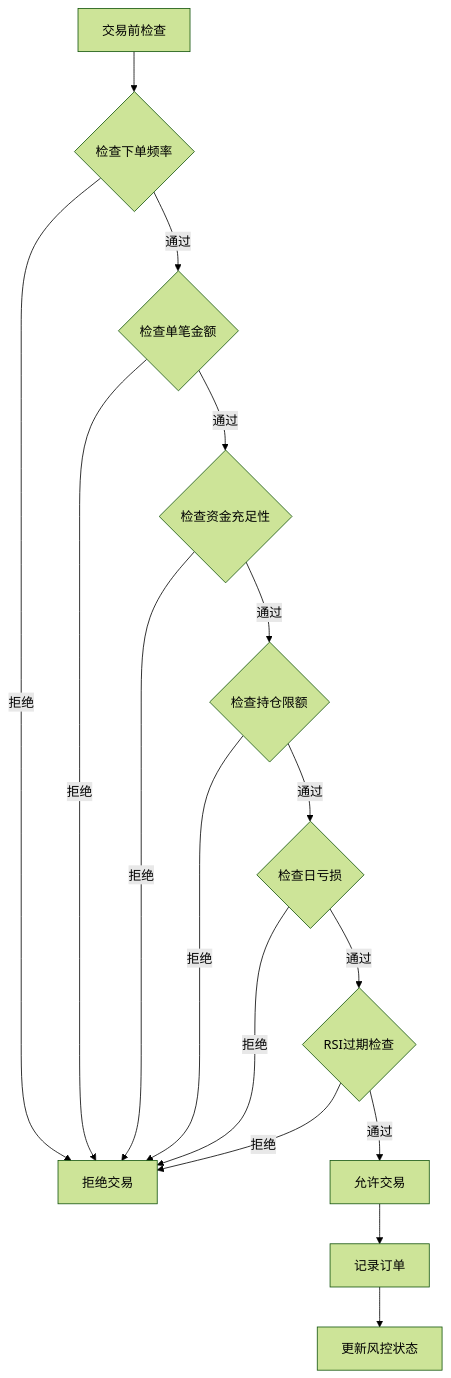
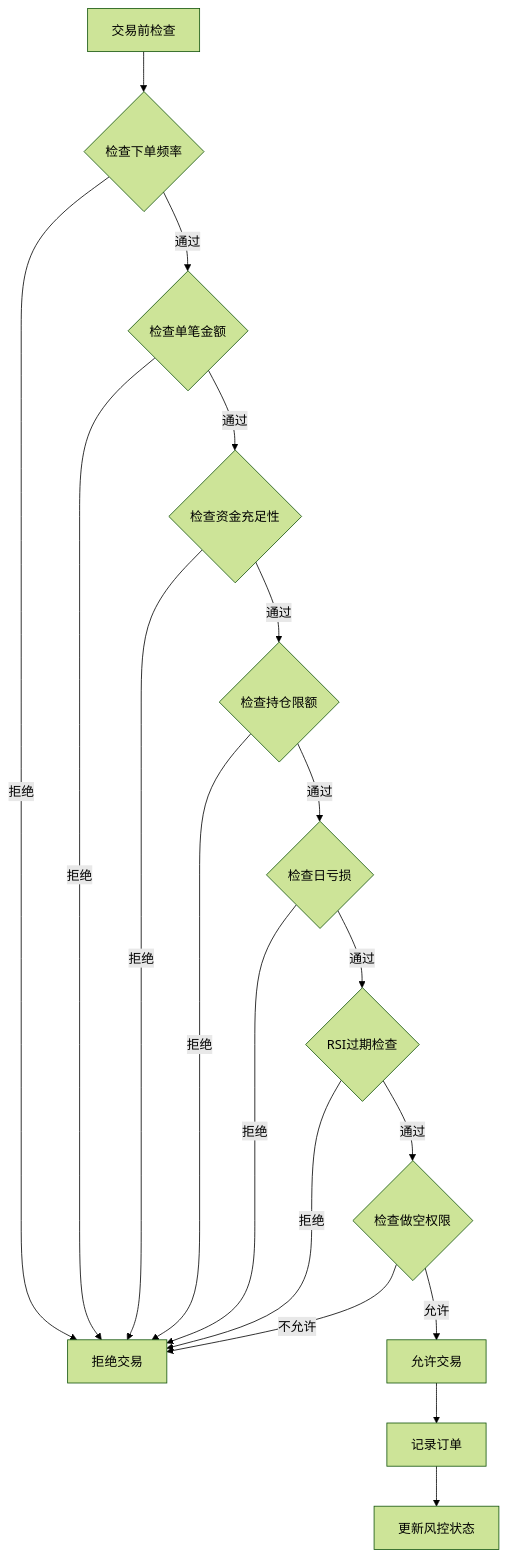
Before and after one commit to Heres1/binanceWebsocket: the eighth of 9 diagrams in .qoder/repowiki/zh/content/核心模块/动量策略引擎.md, drawn with Mermaid (forest theme). The commit also changed other lines of this file and 7 other files, not shown here.

````diff
--- a/.qoder/repowiki/zh/content/核心模块/动量策略引擎.md
+++ b/.qoder/repowiki/zh/content/核心模块/动量策略引擎.md
@@ -359,18 +376,20 @@
 ```mermaid
 flowchart TD
 PreTrade[交易前检查] --> CheckFreq{检查下单频率}
 CheckFreq --> |通过| CheckAmount{检查单笔金额}
 CheckFreq --> |拒绝| Reject[拒绝交易]
 CheckAmount --> |通过| CheckCapital{检查资金充足性}
 CheckAmount --> |拒绝| Reject
 CheckCapital --> |通过| CheckPosition{检查持仓限额}
 CheckCapital --> |拒绝| Reject
 CheckPosition --> |通过| CheckDailyLoss{检查日亏损}
 CheckPosition --> |拒绝| Reject
 CheckDailyLoss --> |通过| CheckRSI{RSI过期检查}
 CheckDailyLoss --> |拒绝| Reject
-CheckRSI --> |通过| Allow[允许交易]
+CheckRSI --> |通过| CheckShort{检查做空权限}
 CheckRSI --> |拒绝| Reject
+CheckShort --> |允许| Allow[允许交易]
+CheckShort --> |不允许| Reject
 Allow --> Record[记录订单]
 Record --> Update[更新风控状态]
 ```
````
